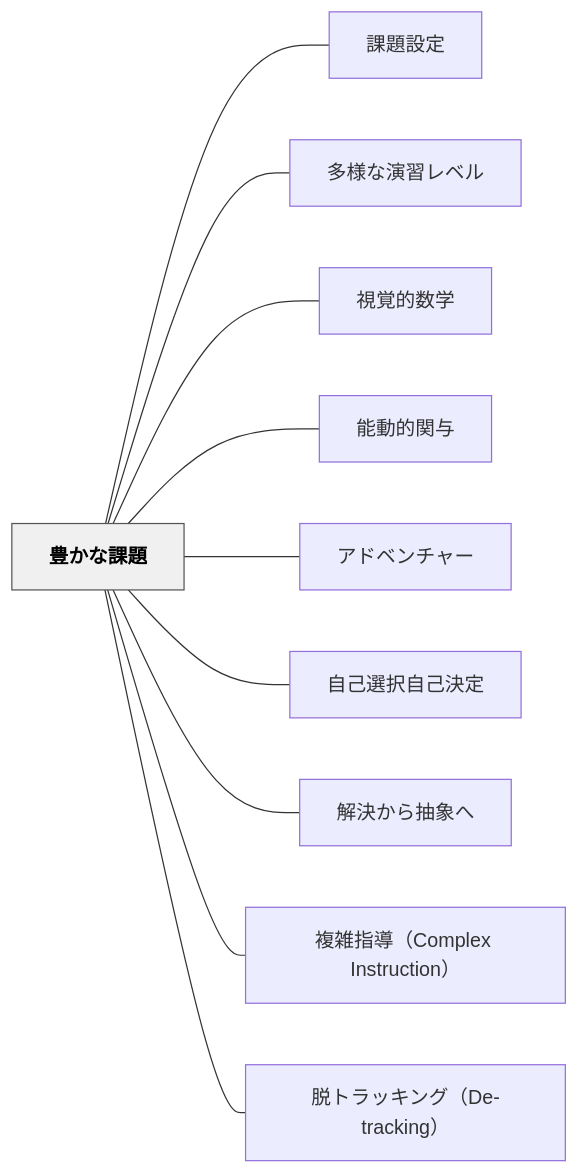
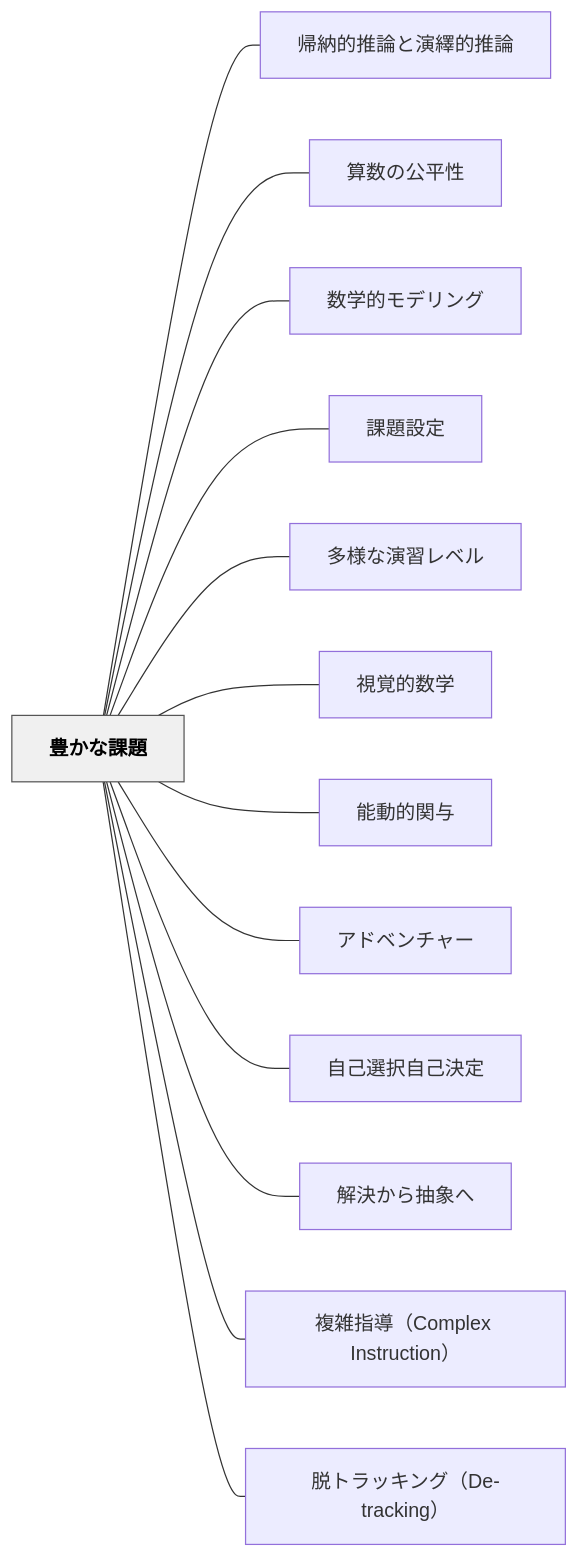
Before and after one commit to unknownthings-ed-patterns/unknownthings-ed-patterns: the diagram in content/パタン/豊かな課題.md, drawn with Mermaid. The commit also changed other lines of this file and 473 other files, not shown here.

````diff
--- a/content/パタン/豊かな課題.md
+++ b/content/パタン/豊かな課題.md
@@ -109,26 +112,32 @@
 ```mermaid
 flowchart LR
     ne8b18ae3818b["豊かな課題"]
+    ne5b8b0e7b48d["帰納的推論と演繹的推論"]
+    ne7ae97e695b0["算数の公平性"]
+    ne695b0e5ada6["数学的モデリング"]
     ne8aab2e9a18c["課題設定"]
     ne5a49ae6a798["多様な演習レベル"]
     ne8a696e8a69a["視覚的数学"]
     ne883bde58b95["能動的関与"]
     ne382a2e38389["アドベンチャー"]
     ne887aae5b7b1["自己選択自己決定"]
     ne8a7a3e6b1ba["解決から抽象へ"]
     ne8a487e99b91["複雑指導（Complex Instruction）"]
     ne884b1e38388["脱トラッキング（De-tracking）"]
 
+    ne8b18ae3818b --- ne5b8b0e7b48d
+    ne8b18ae3818b --- ne7ae97e695b0
+    ne8b18ae3818b --- ne695b0e5ada6
     ne8b18ae3818b --- ne8aab2e9a18c
     ne8b18ae3818b --- ne5a49ae6a798
     ne8b18ae3818b --- ne8a696e8a69a
     ne8b18ae3818b --- ne883bde58b95
     ne8b18ae3818b --- ne382a2e38389
     ne8b18ae3818b --- ne887aae5b7b1
     ne8b18ae3818b --- ne8a7a3e6b1ba
     ne8b18ae3818b --- ne8a487e99b91
     ne8b18ae3818b --- ne884b1e38388
 
     classDef hub fill:#f0f0f0,stroke:#555,color:#000,font-weight:bold
     class ne8b18ae3818b hub
 ```
````
